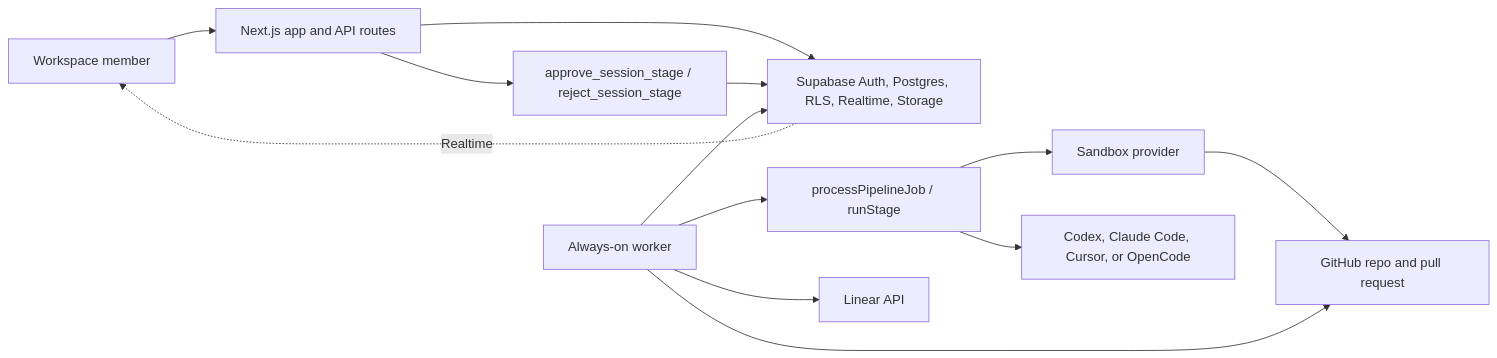
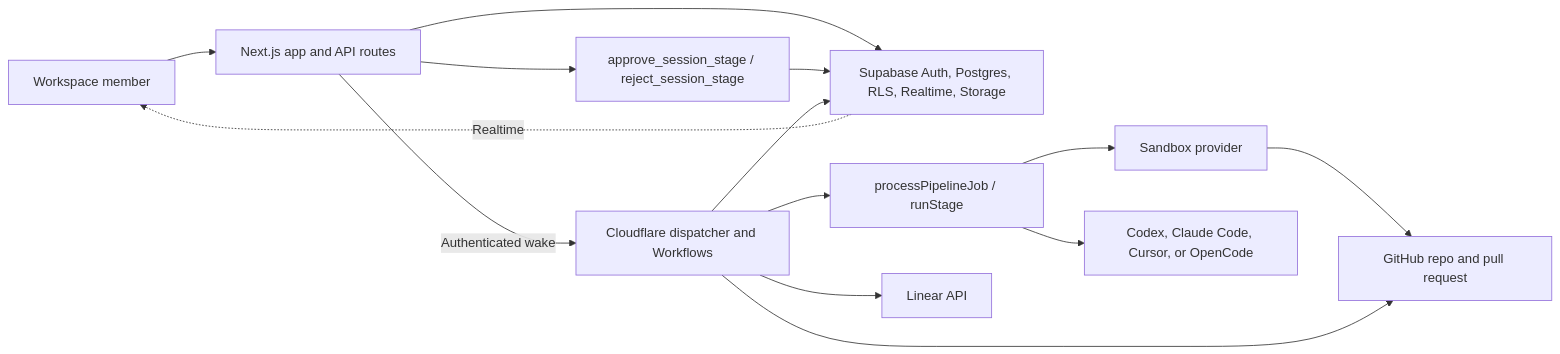
One commit to anantjain-xyz/wallie-dev changed the diagram in README.md. Above: the diagram before and after it, drawn with Mermaid. The commit also changed other lines of this file and 74 other files, not shown here.

First line of the commit message:
Restore Wallie's worker on native Cloudflare (#564)

````diff
--- a/README.md
+++ b/README.md
@@ -16,15 +16,16 @@
 ```mermaid
 flowchart LR
   member["Workspace member"] --> app["Next.js app and API routes"]
   app --> db["Supabase Auth, Postgres, RLS, Realtime, Storage"]
   app --> reviewRpcs["approve_session_stage / reject_session_stage"]
   reviewRpcs --> db
-  worker["Always-on worker"] --> db
+  app -->|Authenticated wake| worker["Cloudflare dispatcher and Workflows"]
+  worker --> db
   worker --> pipeline["processPipelineJob / runStage"]
   pipeline --> sandbox["Sandbox provider"]
   pipeline --> agent["Codex, Claude Code, Cursor, or OpenCode"]
   sandbox --> github["GitHub repo and pull request"]
   worker --> github
   worker --> linear["Linear API"]
   db -. "Realtime" .-> member
 ```
````
